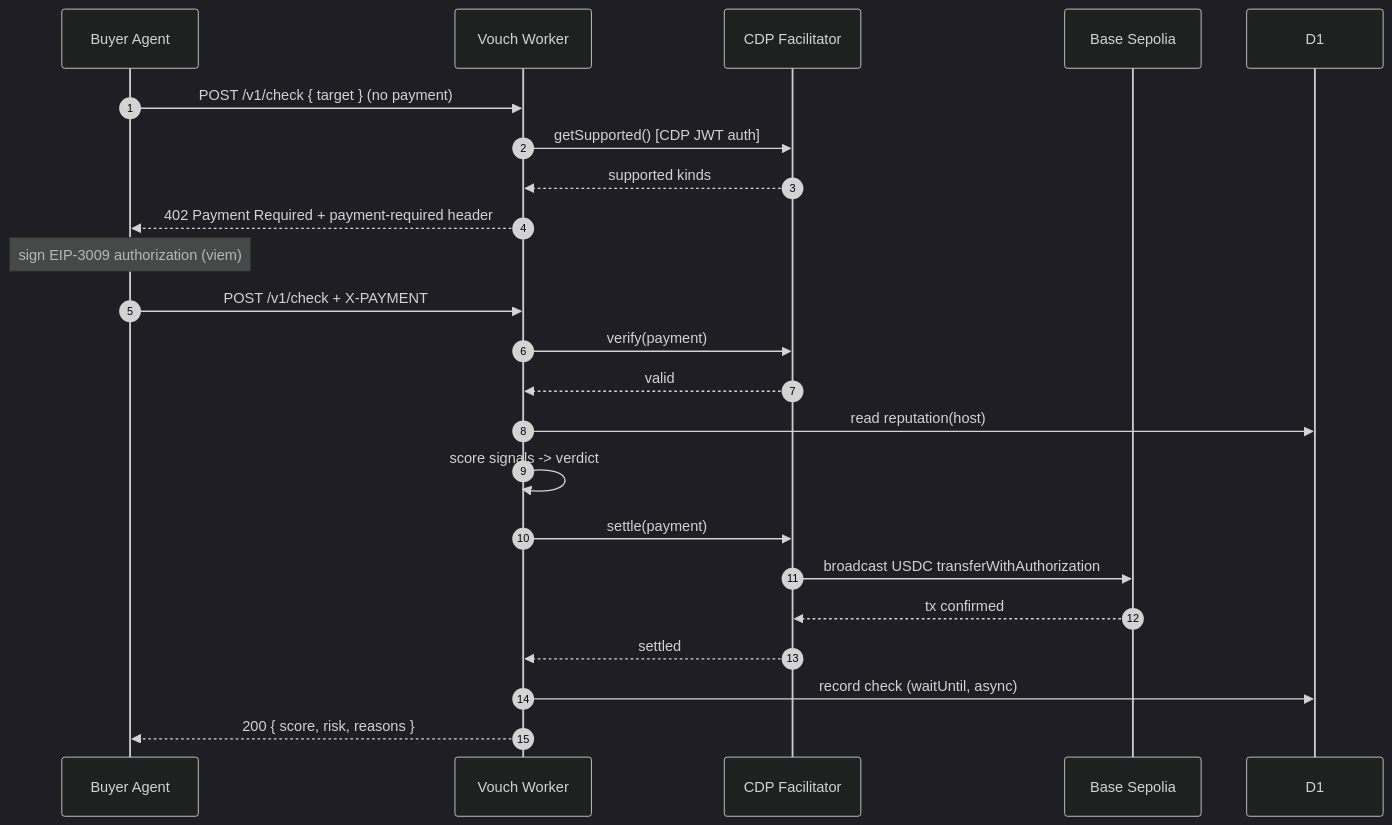
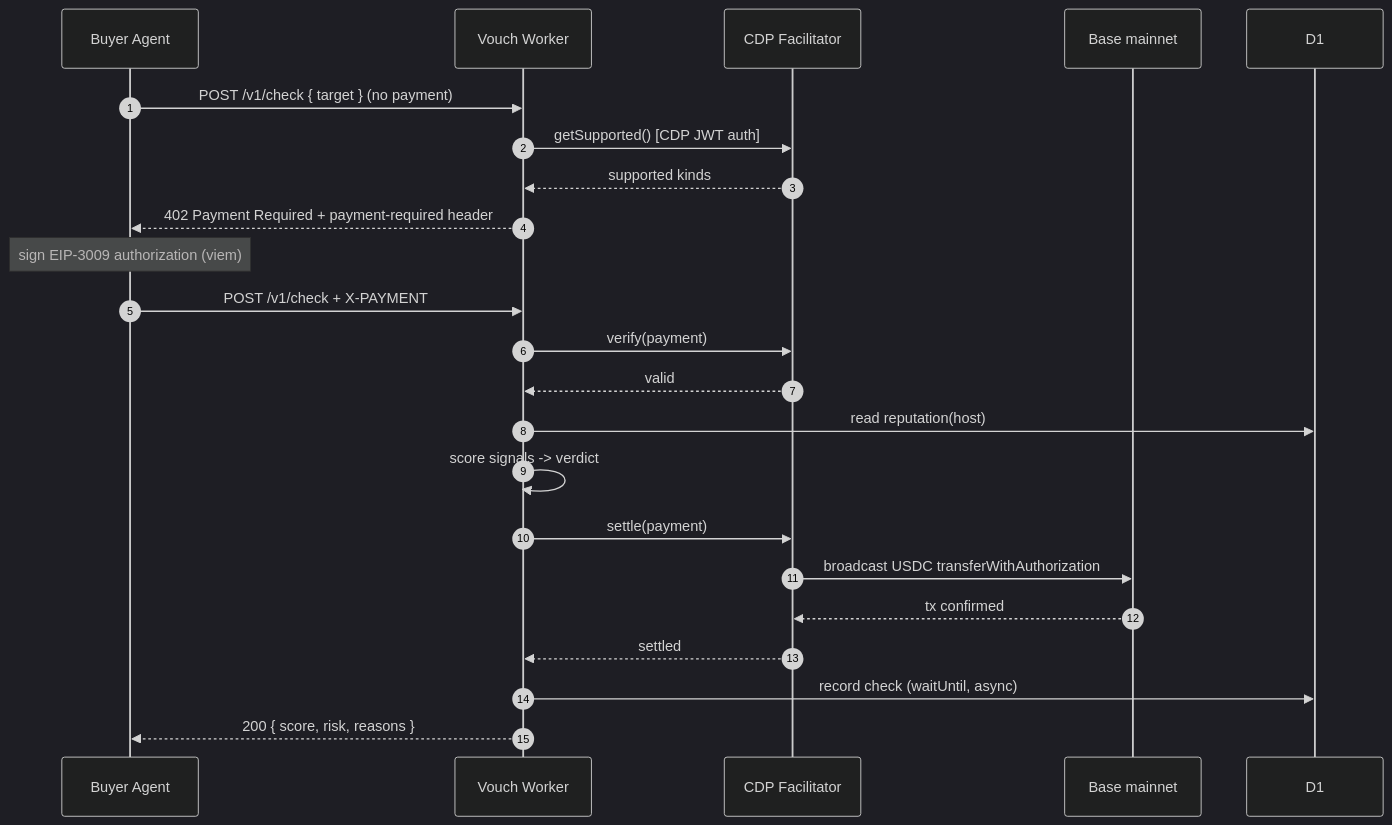
The second of 10 diagrams in docs/DIAGRAMS.md (notifuturo/vouch), drawn with Mermaid (dark theme) before and after one commit. The commit also changed other lines of this file and 8 other files, not shown here.

````diff
--- a/docs/DIAGRAMS.md
+++ b/docs/DIAGRAMS.md
@@ -71,26 +71,26 @@
 ```mermaid
 sequenceDiagram
     autonumber
     participant A as Buyer Agent
     participant W as Vouch Worker
     participant F as CDP Facilitator
-    participant C as Base Sepolia
+    participant C as Base mainnet
     participant D as D1
 
     A->>W: POST /v1/check { target } (no payment)
     W->>F: getSupported() [CDP JWT auth]
     F-->>W: supported kinds
     W-->>A: 402 Payment Required + payment-required header
     Note over A: sign EIP-3009 authorization (viem)
     A->>W: POST /v1/check + X-PAYMENT
     W->>F: verify(payment)
     F-->>W: valid
     W->>D: read reputation(host)
     W->>W: score signals -> verdict
     W->>F: settle(payment)
     F->>C: broadcast USDC transferWithAuthorization
     C-->>F: tx confirmed
     F-->>W: settled
     W->>D: record check (waitUntil, async)
     W-->>A: 200 { score, risk, reasons }
 ```
````
